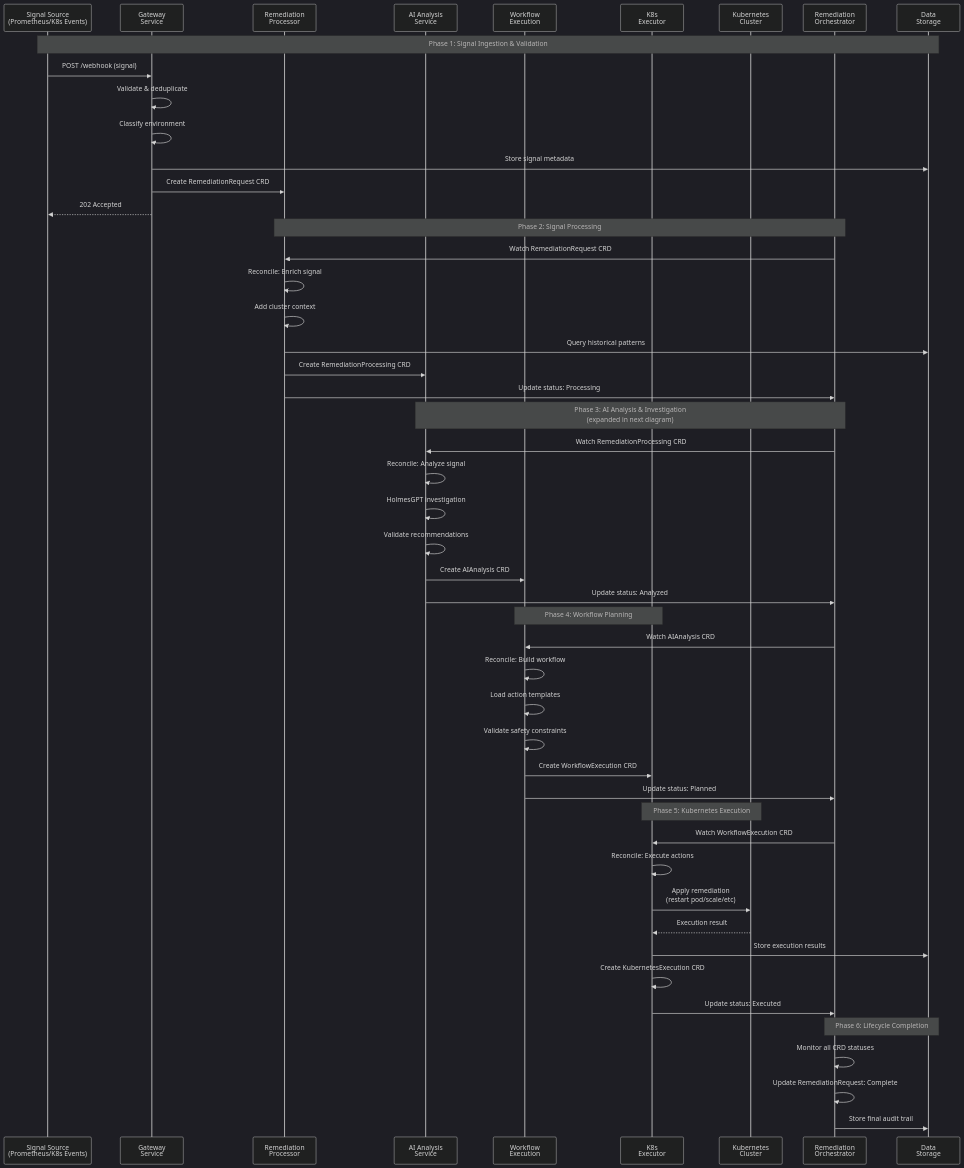
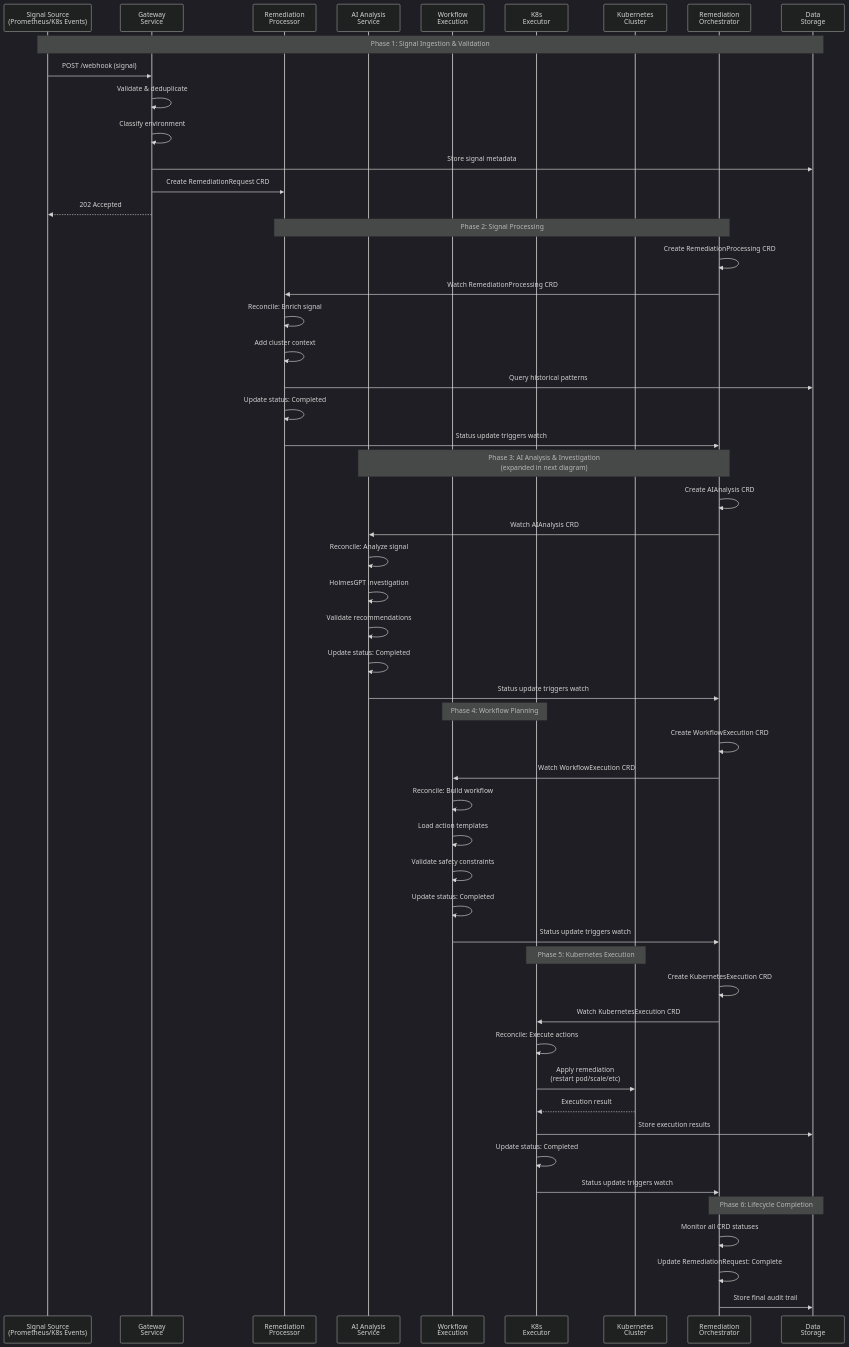
One commit to jordigilh/kubernaut changed the second of 3 diagrams in docs/architecture/APPROVED_MICROSERVICES_ARCHITECTURE.md. Above: the diagram before and after it, drawn with Mermaid (dark theme).

First paragraph of the commit message:
docs(architecture): Fix CRD creation flow in happy path diagram
Corrected the happy path sequence diagram to accurately reflect the CRD creation pattern from the Multi-CRD Reconciliation Architecture.

````diff
--- a/docs/architecture/APPROVED_MICROSERVICES_ARCHITECTURE.md
+++ b/docs/architecture/APPROVED_MICROSERVICES_ARCHITECTURE.md
@@ -217,58 +217,62 @@
 ```mermaid
 sequenceDiagram
     participant SRC as Signal Source<br/>(Prometheus/K8s Events)
     participant GW as Gateway<br/>Service
     participant RP as Remediation<br/>Processor
     participant AI as AI Analysis<br/>Service
     participant WF as Workflow<br/>Execution
     participant EX as K8s<br/>Executor
     participant K8S as Kubernetes<br/>Cluster
     participant ORCH as Remediation<br/>Orchestrator
     participant ST as Data<br/>Storage
 
     Note over SRC,ST: Phase 1: Signal Ingestion & Validation
     SRC->>GW: POST /webhook (signal)
     GW->>GW: Validate & deduplicate
     GW->>GW: Classify environment
     GW->>ST: Store signal metadata
     GW->>RP: Create RemediationRequest CRD
     GW-->>SRC: 202 Accepted
 
     Note over RP,ORCH: Phase 2: Signal Processing
-    ORCH->>RP: Watch RemediationRequest CRD
+    ORCH->>ORCH: Create RemediationProcessing CRD
+    ORCH->>RP: Watch RemediationProcessing CRD
     RP->>RP: Reconcile: Enrich signal
     RP->>RP: Add cluster context
     RP->>ST: Query historical patterns
-    RP->>AI: Create RemediationProcessing CRD
-    RP->>ORCH: Update status: Processing
+    RP->>RP: Update status: Completed
+    RP->>ORCH: Status update triggers watch
 
     Note over AI,ORCH: Phase 3: AI Analysis & Investigation<br/>(expanded in next diagram)
-    ORCH->>AI: Watch RemediationProcessing CRD
+    ORCH->>ORCH: Create AIAnalysis CRD
+    ORCH->>AI: Watch AIAnalysis CRD
     AI->>AI: Reconcile: Analyze signal
     AI->>AI: HolmesGPT investigation
     AI->>AI: Validate recommendations
-    AI->>WF: Create AIAnalysis CRD
-    AI->>ORCH: Update status: Analyzed
+    AI->>AI: Update status: Completed
+    AI->>ORCH: Status update triggers watch
 
     Note over WF,EX: Phase 4: Workflow Planning
-    ORCH->>WF: Watch AIAnalysis CRD
+    ORCH->>ORCH: Create WorkflowExecution CRD
+    ORCH->>WF: Watch WorkflowExecution CRD
     WF->>WF: Reconcile: Build workflow
     WF->>WF: Load action templates
     WF->>WF: Validate safety constraints
-    WF->>EX: Create WorkflowExecution CRD
-    WF->>ORCH: Update status: Planned
+    WF->>WF: Update status: Completed
+    WF->>ORCH: Status update triggers watch
 
     Note over EX,K8S: Phase 5: Kubernetes Execution
-    ORCH->>EX: Watch WorkflowExecution CRD
+    ORCH->>ORCH: Create KubernetesExecution CRD
+    ORCH->>EX: Watch KubernetesExecution CRD
     EX->>EX: Reconcile: Execute actions
     EX->>K8S: Apply remediation<br/>(restart pod/scale/etc)
     K8S-->>EX: Execution result
     EX->>ST: Store execution results
-    EX->>EX: Create KubernetesExecution CRD
-    EX->>ORCH: Update status: Executed
+    EX->>EX: Update status: Completed
+    EX->>ORCH: Status update triggers watch
 
     Note over ORCH,ST: Phase 6: Lifecycle Completion
     ORCH->>ORCH: Monitor all CRD statuses
     ORCH->>ORCH: Update RemediationRequest: Complete
     ORCH->>ST: Store final audit trail
 ```
````
